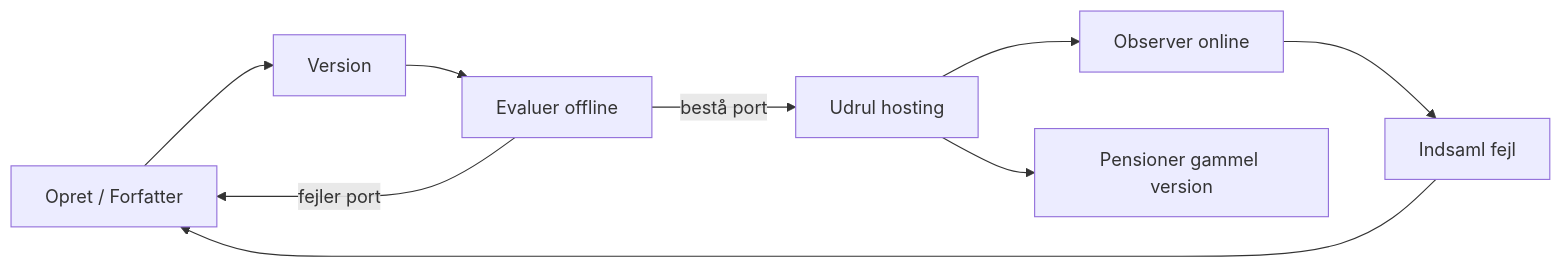
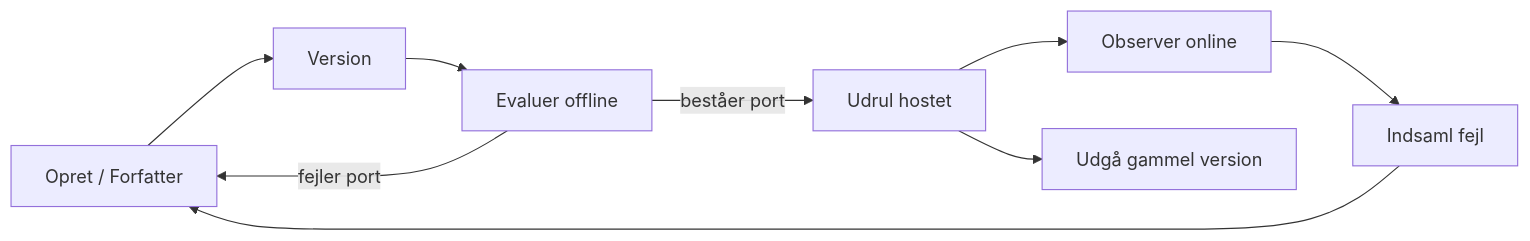
One commit to microsoft/ai-agents-for-beginners changed the second of 4 diagrams in translations/da/16-deploying-scalable-agents/README.md. Above: the diagram before and after it, drawn with Mermaid. The commit also changed other lines of this file and 47 other files, not shown here.

````diff
--- a/translations/da/16-deploying-scalable-agents/README.md
+++ b/translations/da/16-deploying-scalable-agents/README.md
@@ -108,11 +108,11 @@
 ```mermaid
 flowchart LR
     Create[Opret / Forfatter] --> Version[Version]
     Version --> Evaluate[Evaluer offline]
-    Evaluate -->|bestå port| Deploy[Udrul hosting]
+    Evaluate -->|beståer port| Deploy[Udrul hostet]
     Evaluate -->|fejler port| Create
     Deploy --> Observe[Observer online]
     Observe --> Improve[Indsaml fejl]
     Improve --> Create
-    Deploy --> Retire[Pensioner gammel version]
+    Deploy --> Retire[Udgå gammel version]
 ```
````
